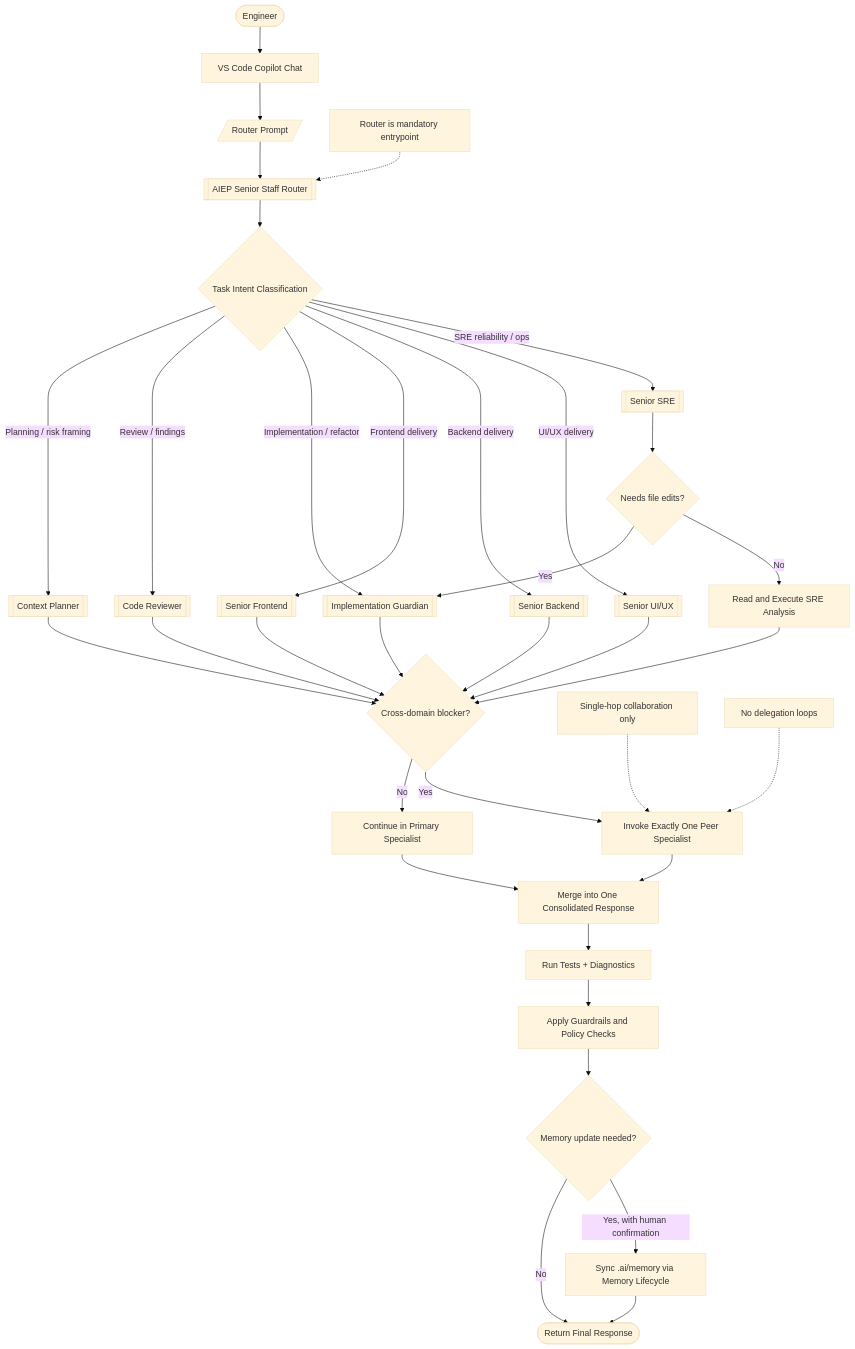
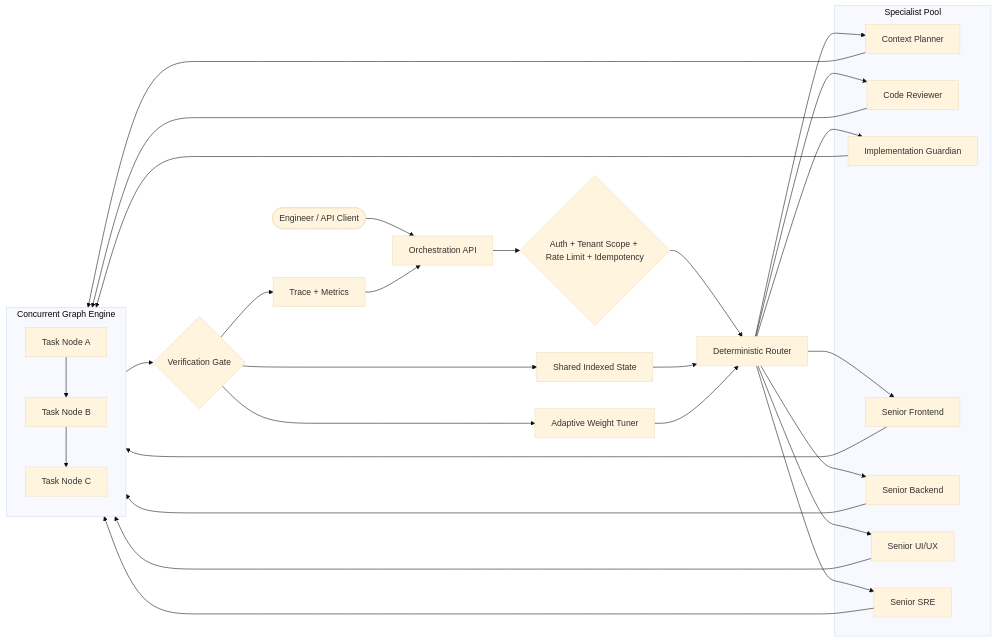
The first of 2 diagrams in README.md (nabarros/AI-Engineering-Platform), drawn with Mermaid (base theme) before and after one commit. The commit also changed other lines of this file and 43 other files, not shown here.

First line of the commit message:
feat: Implement file and HTTP shared state stores for orchestration persistence

````diff
--- a/README.md
+++ b/README.md
@@ -161,46 +60,48 @@
 ```mermaid
-flowchart TD
-  user([Engineer]) --> chat[VS Code Copilot Chat]
-  chat --> prompt[/Router Prompt/]
-  prompt --> router[[AIEP Senior Staff Router]]
+flowchart LR
+  user([Engineer / API Client]) --> api[Orchestration API]
+  api --> guard{Auth + Tenant Scope + Rate Limit + Idempotency}
+  guard --> router[Deterministic Router]
 
-  router --> intent{Task Intent Classification}
-  intent -->|Planning / risk framing| planner[[Context Planner]]
-  intent -->|Review / findings| reviewer[[Code Reviewer]]
-  intent -->|Implementation / refactor| impl[[Implementation Guardian]]
-  intent -->|Frontend delivery| fe[[Senior Frontend]]
-  intent -->|Backend delivery| be[[Senior Backend]]
-  intent -->|UI/UX delivery| ux[[Senior UI/UX]]
-  intent -->|SRE reliability / ops| sre[[Senior SRE]]
+  subgraph Specialists[Specialist Pool]
+    planner[Context Planner]
+    reviewer[Code Reviewer]
+    impl[Implementation Guardian]
+    fe[Senior Frontend]
+    be[Senior Backend]
+    ux[Senior UI/UX]
+    sre[Senior SRE]
+  end
 
-  sre --> sreGate{Needs file edits?}
-  sreGate -->|Yes| impl
-  sreGate -->|No| sreRead[Read and Execute SRE Analysis]
+  router --> planner
+  router --> reviewer
+  router --> impl
+  router --> fe
+  router --> be
+  router --> ux
+  router --> sre
 
-  planner --> blocker{Cross-domain blocker?}
-  reviewer --> blocker
-  impl --> blocker
-  fe --> blocker
-  be --> blocker
-  ux --> blocker
-  sreRead --> blocker
+  subgraph GraphExec[Concurrent Graph Engine]
+    a[Task Node A]
+    b[Task Node B]
+    c[Task Node C]
+    a --> b --> c
+  end
 
-  blocker -->|No| continue[Continue in Primary Specialist]
-  blocker -->|Yes| peer[Invoke Exactly One Peer Specialist]
-  peer --> merge[Merge into One Consolidated Response]
-  continue --> merge
+  planner --> GraphExec
+  reviewer --> GraphExec
+  impl --> GraphExec
+  fe --> GraphExec
+  be --> GraphExec
+  ux --> GraphExec
+  sre --> GraphExec
 
-  merge --> validate[Run Tests + Diagnostics]
-  validate --> guardrails[Apply Guardrails and Policy Checks]
-  guardrails --> memoryGate{Memory update needed?}
-  memoryGate -->|No| done([Return Final Response])
-  memoryGate -->|Yes, with human confirmation| memorySync[Sync .ai/memory via Memory Lifecycle]
-  memorySync --> done
+  GraphExec --> verify{Verification Gate}
+  verify --> trace[Trace + Metrics]
+  verify --> tuner[Adaptive Weight Tuner]
+  verify --> state[Shared Indexed State]
 
-  rule1[Single-hop collaboration only]
-  rule2[No delegation loops]
-  rule3[Router is mandatory entrypoint]
-  rule1 -.-> peer
-  rule2 -.-> peer
-  rule3 -.-> router
+  state --> router
+  tuner --> router
+  trace --> api
 ```
````
